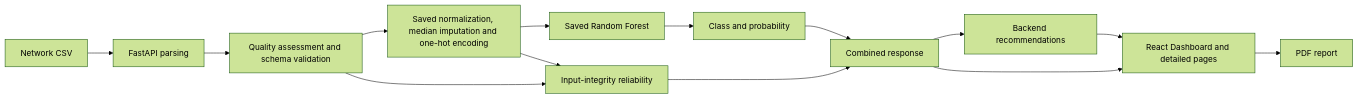
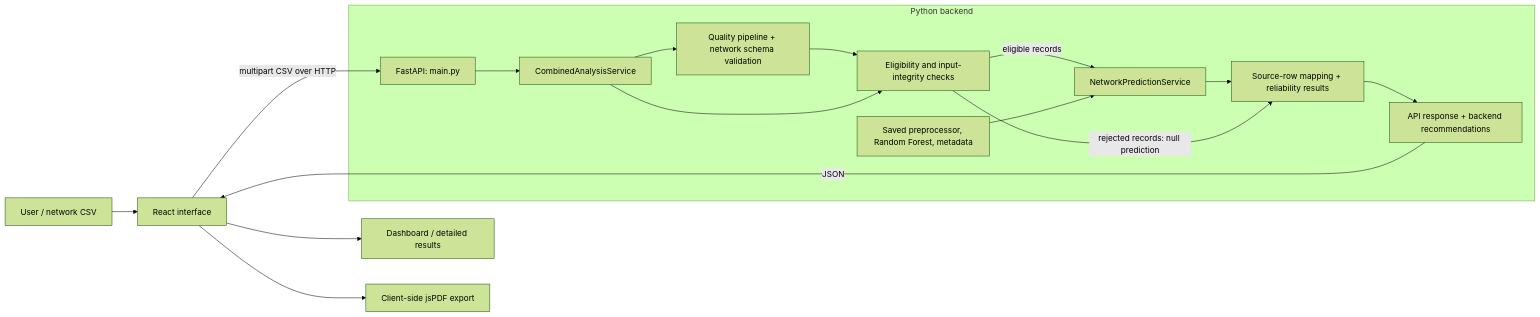
One commit to NokubongaVee/DataQualiQ changed the first of 3 diagrams in README.md. Above: the diagram before and after it, drawn with Mermaid (forest theme). The commit also changed other lines of this file and 167 other files, not shown here.

First line of the commit message:
chore: finalize repository structure and architecture documentation

````diff
--- a/README.md
+++ b/README.md
@@ -41,16 +55,21 @@
 ```mermaid
 flowchart LR
-    CSV[Network CSV] --> API[FastAPI parsing]
-    API --> DQ[Quality assessment and schema validation]
-    DQ --> PREP[Saved normalization, median imputation and one-hot encoding]
-    PREP --> RF[Saved Random Forest]
-    RF --> PRED[Class and probability]
-    DQ --> REL[Input-integrity reliability]
-    PREP --> REL
-    PRED --> OUT[Combined response]
-    REL --> OUT
-    OUT --> REC[Backend recommendations]
-    OUT --> UI[React Dashboard and detailed pages]
-    REC --> UI
-    UI --> PDF[PDF report]
+    User["User / network CSV"] --> UI["React interface"]
+    UI -->|"multipart CSV over HTTP"| API["FastAPI: main.py"]
+
+    subgraph Backend["Python backend"]
+        API --> Combined["CombinedAnalysisService"]
+        Combined --> Quality["Quality pipeline + network schema validation"]
+        Quality --> Integrity["Eligibility and input-integrity checks"]
+        Combined --> Integrity
+        Integrity -->|"eligible records"| Predict["NetworkPredictionService"]
+        Bundle["Saved preprocessor, Random Forest, metadata"] --> Predict
+        Predict --> Result["Source-row mapping + reliability results"]
+        Integrity -->|"rejected records: null prediction"| Result
+        Result --> Response["API response + backend recommendations"]
+    end
+
+    Response -->|"JSON"| UI
+    UI --> Views["Dashboard / detailed results"]
+    UI --> PDF["Client-side jsPDF export"]
 ```
````
